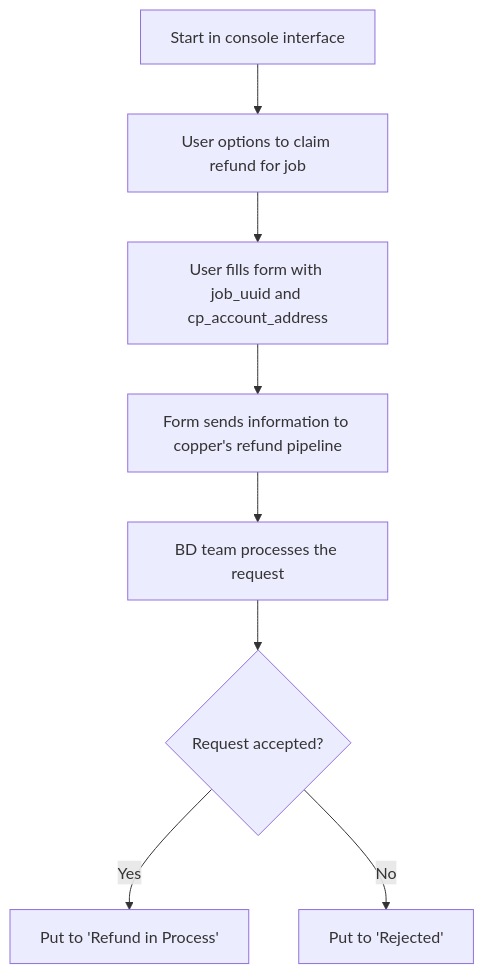
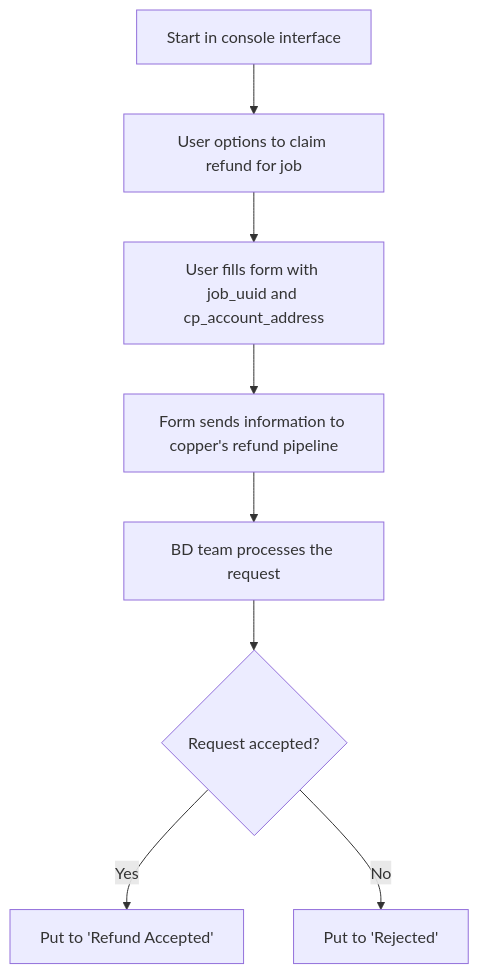
The first of 3 diagrams in drafts/crm/refund_request_v2.md (alphaflows/workbench), drawn with Mermaid before and after one commit. The commit also changed other lines of this file, not shown here.

Commit message:
update refund logic

````diff
--- a/drafts/crm/refund_request_v2.md
+++ b/drafts/crm/refund_request_v2.md
@@ -13,10 +13,10 @@
 ```mermaid
 graph TD
     A[Start in console interface] --> B[User options to claim refund for job]
     B --> C[User fills form with job_uuid and cp_account_address]
     C --> D[Form sends information to copper's refund pipeline]
     D --> E[BD team processes the request]
     E --> F{Request accepted?}
-    F -->|Yes| G[Put to 'Refund in Process']
+    F -->|Yes| G[Put to 'Refund Accepted']
     F -->|No| H[Put to 'Rejected']
 ```
````
